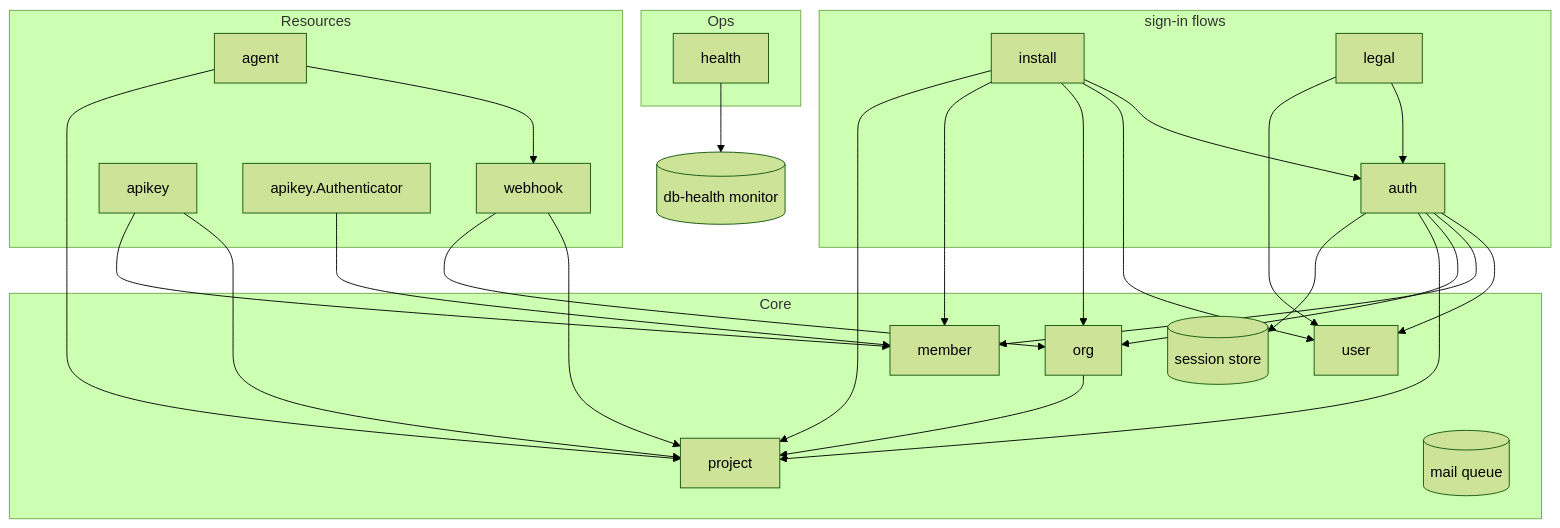
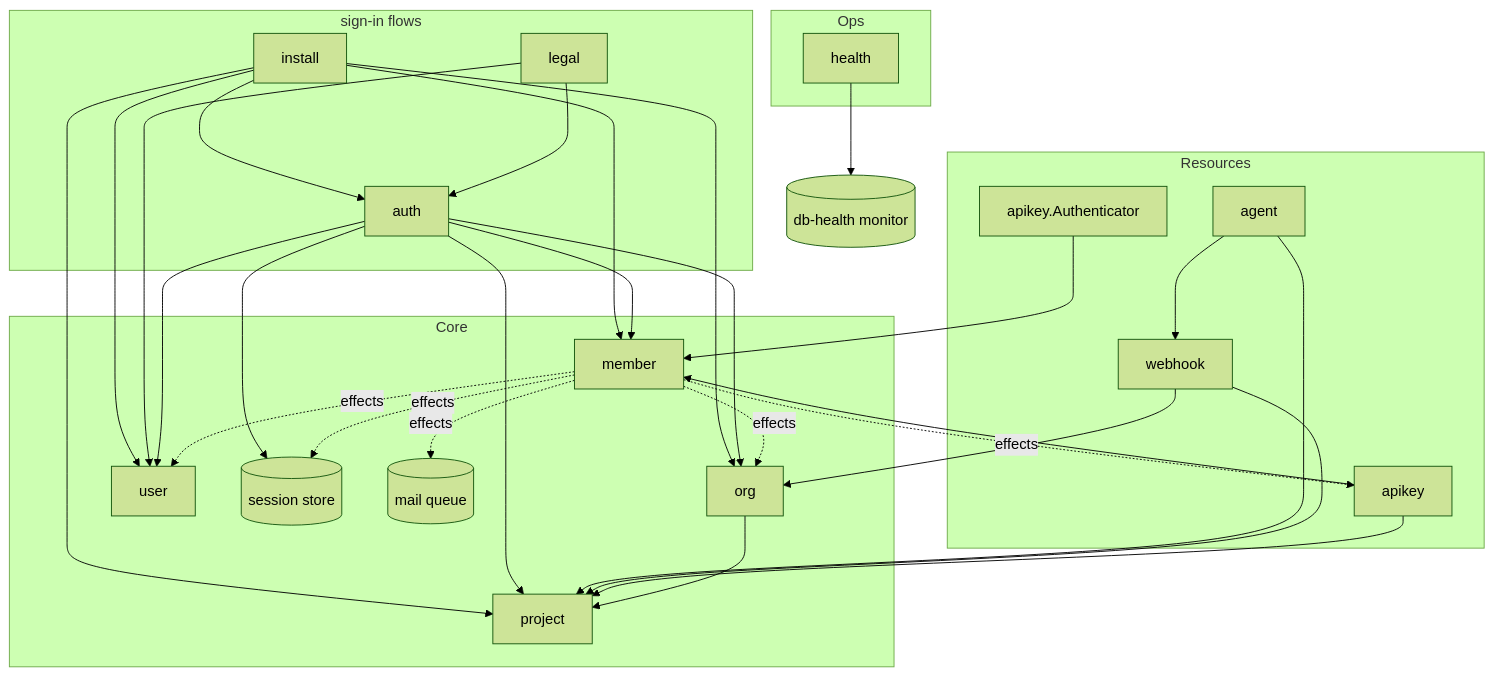
Before and after one commit to altalune-id/oagent: the third of 3 diagrams in internal/boot/README.md, drawn with Mermaid (forest theme). The commit also changed other lines of this file and 47 other files, not shown here.

Commit message:
feat(org/member): set role, remove and leave with permission-set guards and side effects

````diff
--- a/internal/boot/README.md
+++ b/internal/boot/README.md
@@ -98,40 +98,41 @@
 ```mermaid
 flowchart TD
     subgraph Flows["sign-in flows"]
         install
         legal
         auth
     end
     subgraph Ops
         health
     end
     subgraph Resources
         agent
         webhook
         apikey
         keyAuthn["apikey.Authenticator"]
     end
     subgraph Core
         org
         project
         member
         user
         sessions[(session store)]
         mailqueue[(mail queue)]
     end
 
     install --> auth
     legal --> auth
     install --> user & org & member & project
     legal --> user
     auth --> user & member & org & project & sessions
 
     agent --> webhook
     agent --> project
     webhook --> project & org
     apikey --> project & member
     keyAuthn --> member
+    member -. effects .-> sessions & apikey & user & org & mailqueue
     health --> dbh[(db-health monitor)]
 
     org --> project
 ```
````
